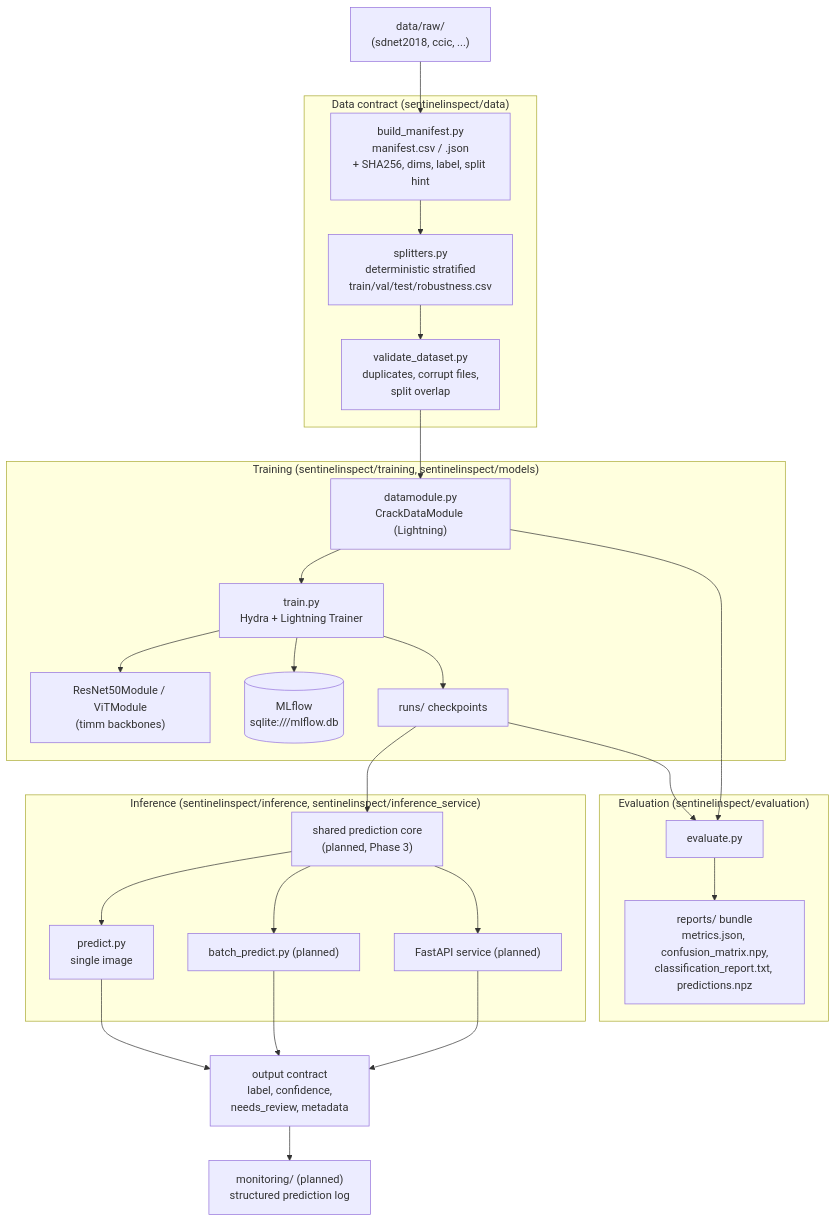
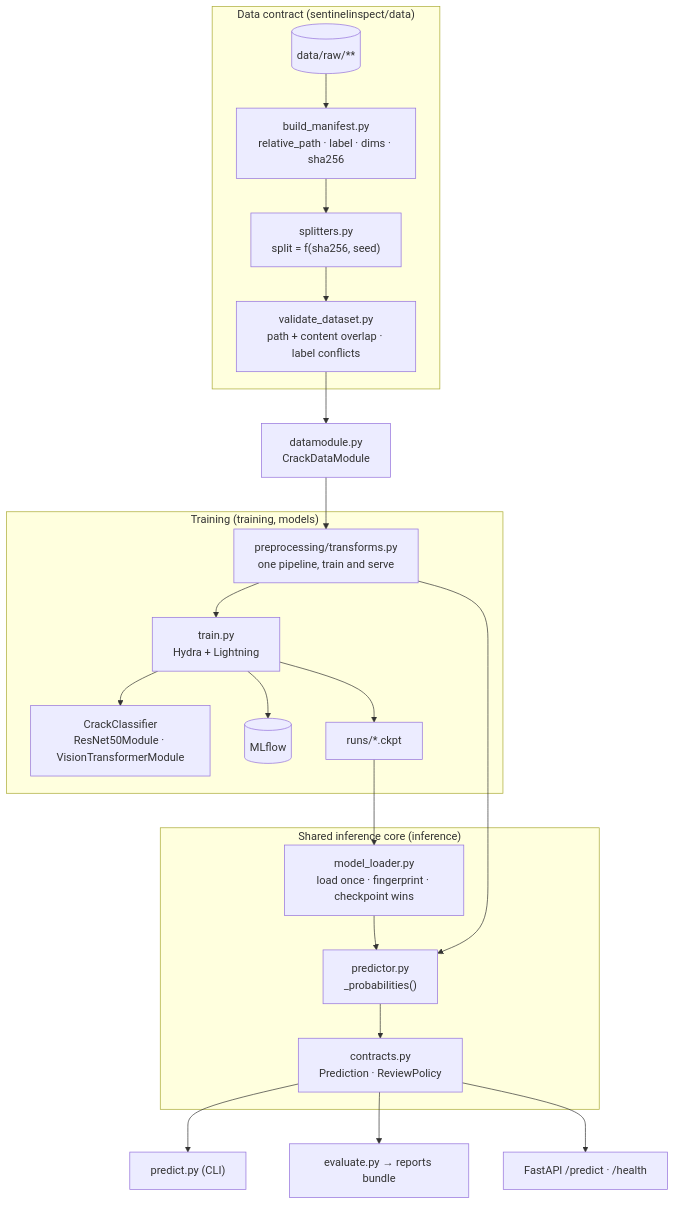
The diagram in docs/architecture.md (lucasperrier/SentinelInspect), drawn with Mermaid before and after one commit. The commit also changed other lines of this file and 2 other files, not shown here.

First line of the commit message:
docs: bring architecture.md and roadmap.md in line with the code

````diff
--- a/docs/architecture.md
+++ b/docs/architecture.md
@@ -17,38 +9,29 @@
 ```mermaid
-flowchart TD
-    raw["data/raw/<br/>(sdnet2018, ccic, ...)"] --> manifest
-
+flowchart TB
     subgraph data["Data contract  (sentinelinspect/data)"]
-        manifest["build_manifest.py<br/>manifest.csv / .json<br/>+ SHA256, dims, label, split hint"]
-        splits["splitters.py<br/>deterministic stratified<br/>train/val/test/robustness.csv"]
-        validate["validate_dataset.py<br/>duplicates, corrupt files,<br/>split overlap"]
-        manifest --> splits --> validate
+        raw[("data/raw/**")] --> manifest["build_manifest.py<br/>relative_path · label · dims · sha256"]
+        manifest --> splits["splitters.py<br/>split = f(sha256, seed)"]
+        splits --> validate["validate_dataset.py<br/>path + content overlap · label conflicts"]
     end
 
-    validate --> dm["datamodule.py<br/>CrackDataModule (Lightning)"]
+    validate --> dm["datamodule.py<br/>CrackDataModule"]
+    dm --> tfm["preprocessing/transforms.py<br/>one pipeline, train and serve"]
 
-    subgraph train["Training  (sentinelinspect/training, sentinelinspect/models)"]
-        dm --> trainer["train.py<br/>Hydra + Lightning Trainer"]
-        trainer --> models["ResNet50Module / ViTModule<br/>(timm backbones)"]
-        trainer --> mlflow[("MLflow<br/>sqlite:///mlflow.db")]
-        trainer --> ckpt["runs/ checkpoints"]
+    subgraph train["Training  (training, models)"]
+        tfm --> trainer["train.py<br/>Hydra + Lightning"]
+        trainer --> models["CrackClassifier<br/>ResNet50Module · VisionTransformerModule"]
+        trainer --> mlflow[("MLflow")]
+        trainer --> ckpt["runs/*.ckpt"]
     end
 
-    subgraph eval["Evaluation  (sentinelinspect/evaluation)"]
-        ckpt --> evaluate["evaluate.py"]
-        dm --> evaluate
-        evaluate --> bundle["reports/ bundle<br/>metrics.json, confusion_matrix.npy,<br/>classification_report.txt, predictions.npz"]
+    subgraph core["Shared inference core  (inference)"]
+        ckpt --> loader["model_loader.py<br/>load once · fingerprint · checkpoint wins"]
+        loader --> pred["predictor.py<br/>_probabilities()"]
+        tfm --> pred
+        pred --> contract["contracts.py<br/>Prediction · ReviewPolicy"]
     end
 
-    subgraph infer["Inference  (sentinelinspect/inference, sentinelinspect/inference_service)"]
-        ckpt --> core["shared prediction core<br/>(planned, Phase 3)"]
-        core --> single["predict.py<br/>single image"]
-        core --> batch["batch_predict.py (planned)"]
-        core --> api["FastAPI service (planned)"]
-    end
-
-    single --> contract["output contract<br/>label, confidence,<br/>needs_review, metadata"]
-    batch --> contract
-    api --> contract
-    contract --> mon["monitoring/ (planned)<br/>structured prediction log"]
+    contract --> cli["predict.py (CLI)"]
+    contract --> eval["evaluate.py → reports bundle"]
+    contract --> api["FastAPI /predict · /health"]
 ```
````
